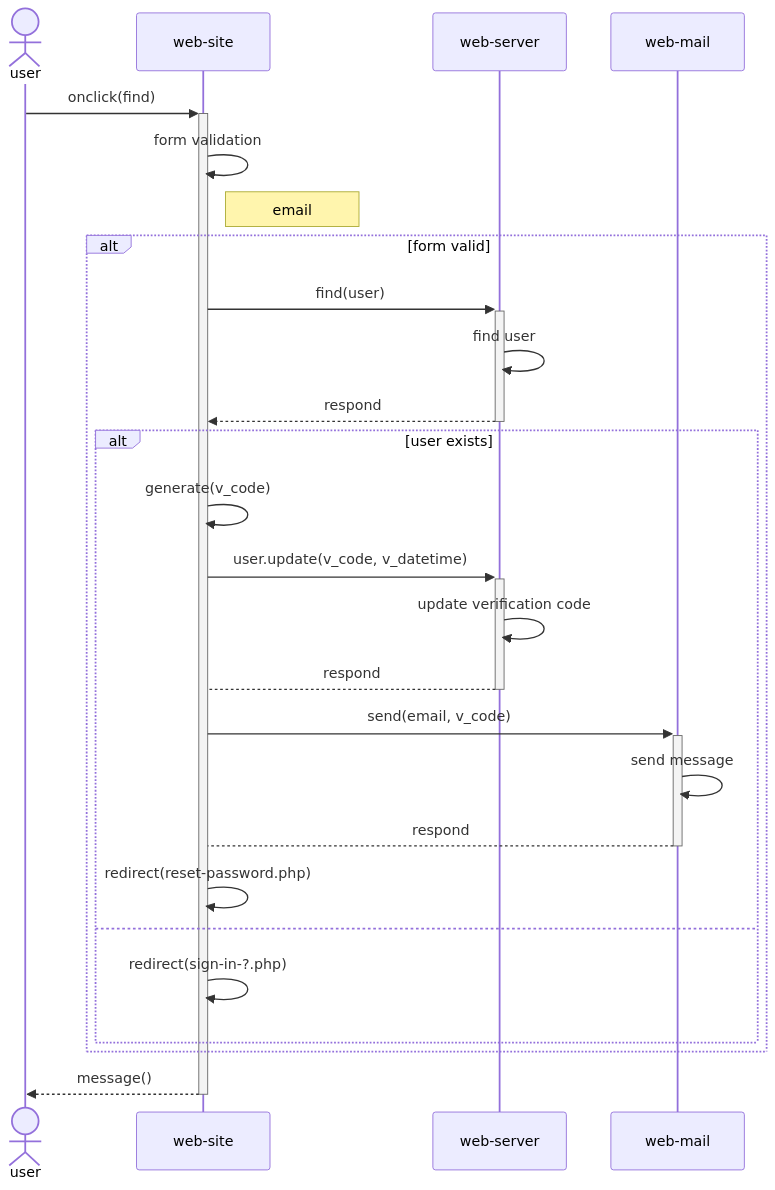
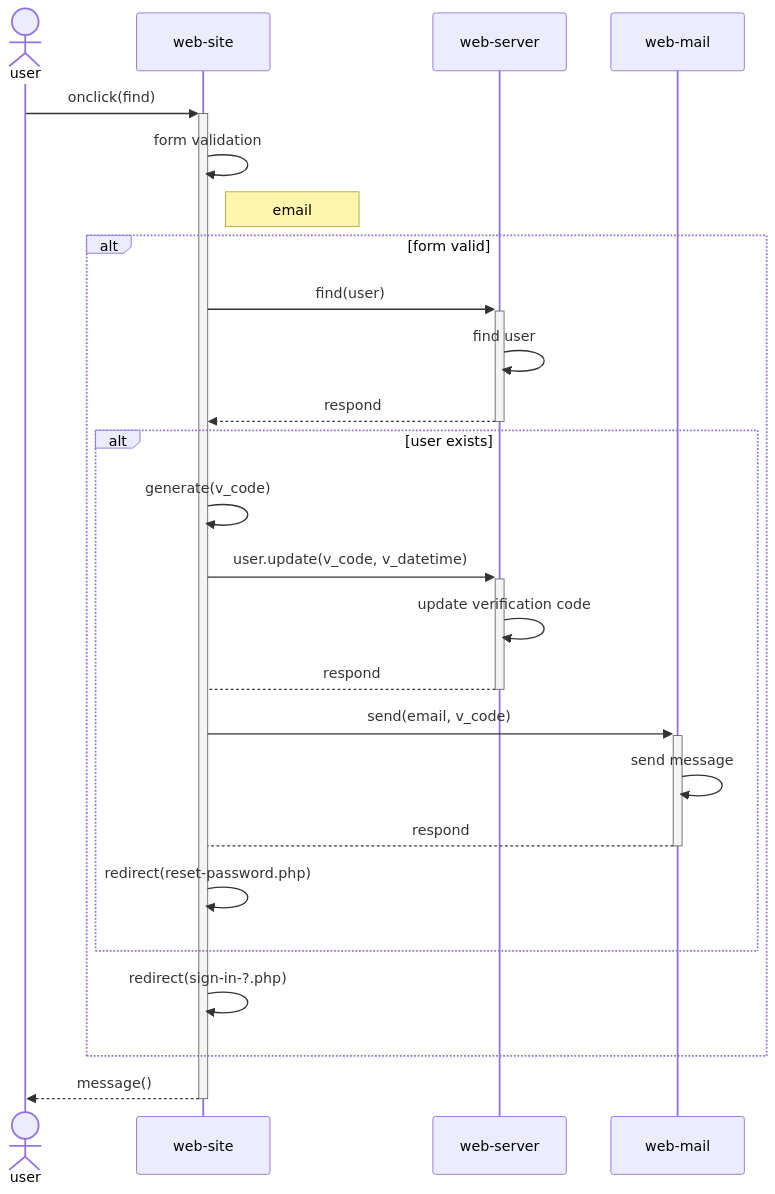
Before and after one commit to idlli/E-Campus: the second of 2 diagrams in diagrams/login/forgot-password.md, drawn with Mermaid. The commit also changed other lines of this file, not shown here.

````diff
--- a/diagrams/login/forgot-password.md
+++ b/diagrams/login/forgot-password.md
@@ -12,28 +12,27 @@
 ```mermaid
 sequenceDiagram
     actor user
     participant site as web-site
     participant server as web-server
     participant mail as web-mail
     user ->>+ site : onclick(find)
     site ->> site : form validation
     note right of site : email
     alt form valid
         site ->>+ server : find(user)
         server ->> server : find user
         server -->>- site : respond
         alt user exists
             site ->> site : generate(v_code)
             site ->>+ server : user.update(v_code, v_datetime)
             server ->> server : update verification code
             server -->- site : respond
             site ->>+ mail : send(email, v_code)
             mail ->> mail : send message
             mail -->- site : respond
             site ->> site : redirect(reset-password.php)
-        else
-            site ->> site : redirect(sign-in-?.php)
         end
+        site ->> site : redirect(sign-in-?.php)
     end
     site -->>- user : message()
 ```
````
